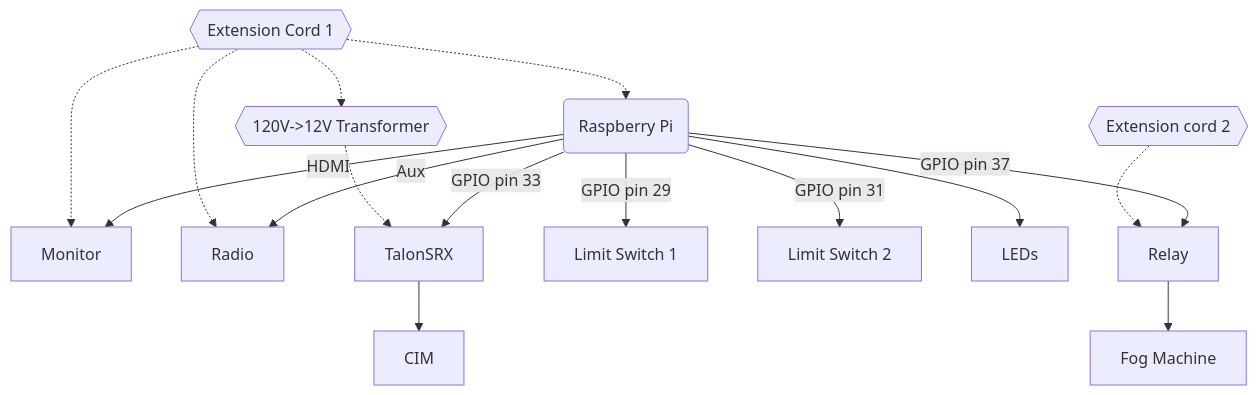
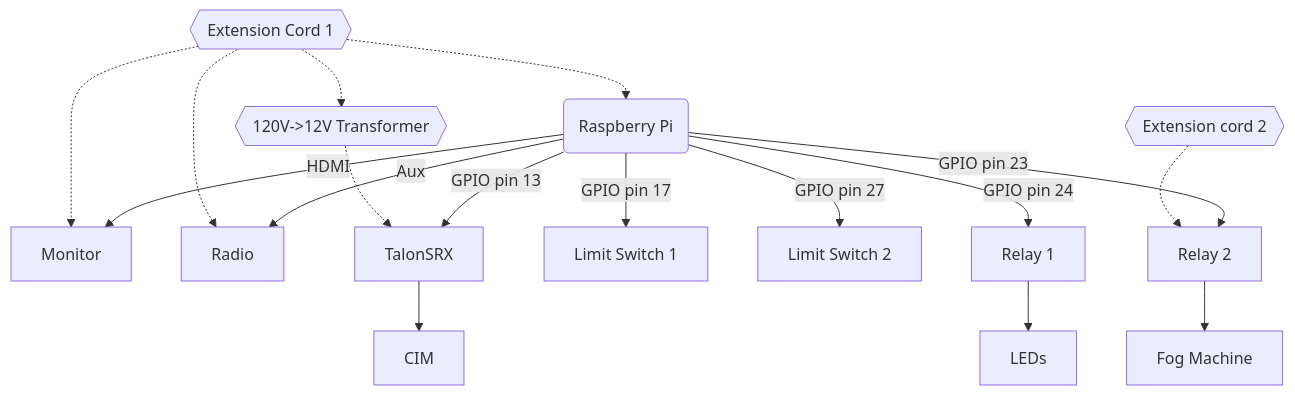
Before and after one commit to ky28059/floats-2022: the diagram in README.md, drawn with Mermaid. The commit also changed 2 other files, not shown here.

Commit message:
Update pin numbers, add LED relay

````diff
--- a/README.md
+++ b/README.md
@@ -6,18 +6,19 @@
 ```mermaid
 graph TD;
     Pi(Raspberry Pi)-->|HDMI|Monitor;
     Pi-->|Aux|Radio;
-    Pi-->|GPIO pin 33|TalonSRX;
+    Pi-->|GPIO pin 13|TalonSRX;
     TalonSRX-->CIM;
     T{{120V->12V Transformer}}-.->TalonSRX;
     E1{{Extension Cord 1}}-.->T;
-    Pi-->|GPIO pin 29|L1[Limit Switch 1];
-    Pi-->|GPIO pin 31|L2[Limit Switch 2];
-    Pi-->LEDs;
-    Pi-->|GPIO pin 37|Relay;
-    Relay-->F[Fog Machine];
-    E2{{Extension cord 2}}-.->Relay;
+    Pi-->|GPIO pin 17|L1[Limit Switch 1];
+    Pi-->|GPIO pin 27|L2[Limit Switch 2];
+    Pi-->|GPIO pin 24|R1[Relay 1];
+    R1-->LEDs
+    Pi-->|GPIO pin 23|R2[Relay 2];
+    R2-->F[Fog Machine];
+    E2{{Extension cord 2}}-.->R2;
     E1-.->Pi;
     E1-.->Monitor;
     E1-.->Radio;
 ```
````
